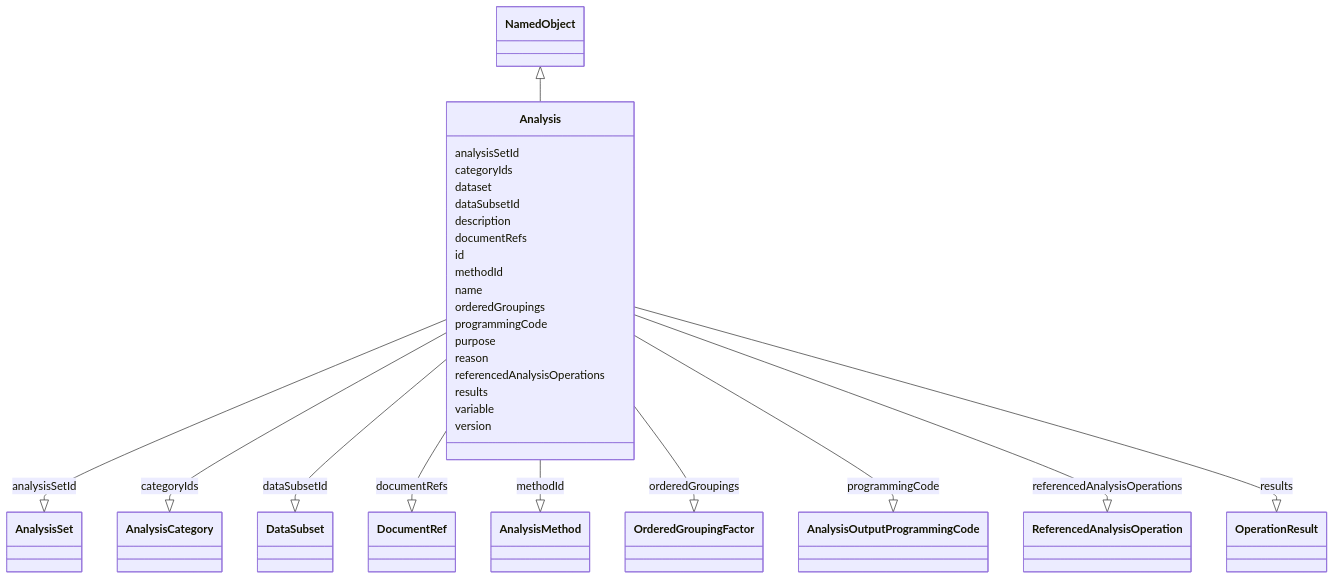
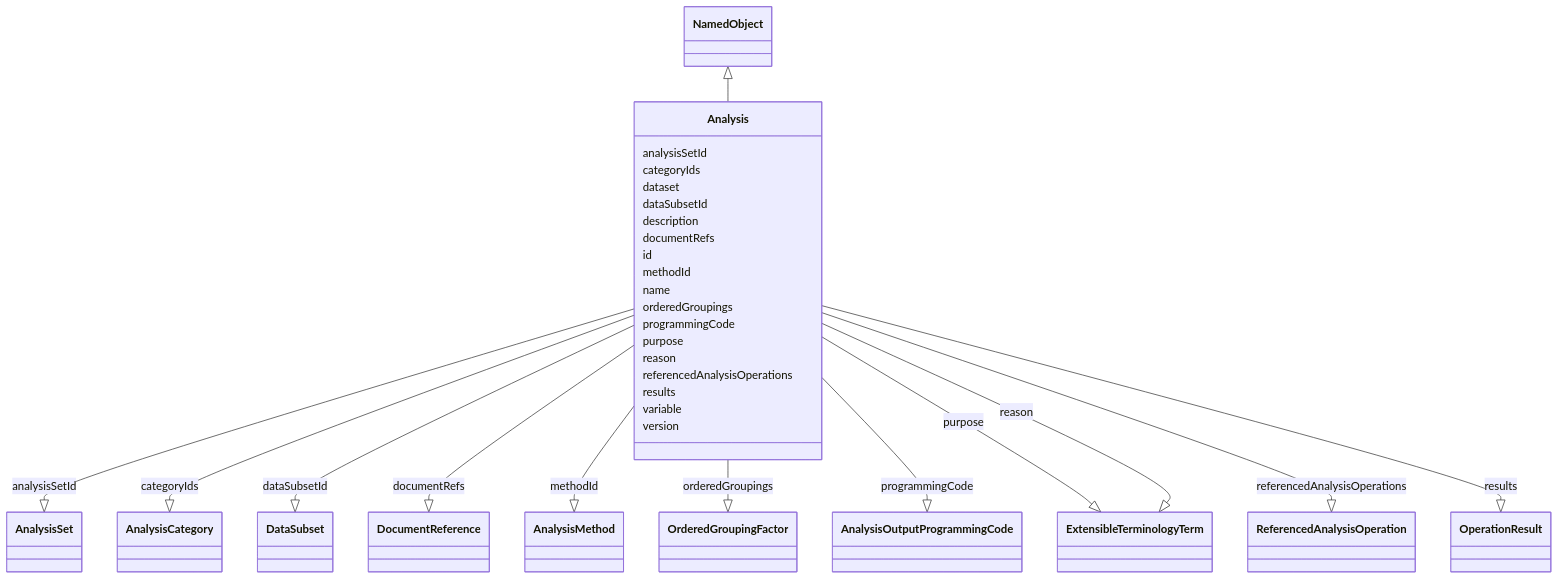
Before and after one commit to cdisc-org/analysis-results-standard: the diagram in project/docs/Analysis.md, drawn with Mermaid. The commit also changed other lines of this file and 281 other files, not shown here.

````diff
--- a/project/docs/Analysis.md
+++ b/project/docs/Analysis.md
@@ -26,59 +26,63 @@
 ```mermaid
  classDiagram
     class Analysis
       NamedObject <|-- Analysis
       
       Analysis : analysisSetId
         
           Analysis --|> AnalysisSet : analysisSetId
         
       Analysis : categoryIds
         
           Analysis --|> AnalysisCategory : categoryIds
         
       Analysis : dataset
         
       Analysis : dataSubsetId
         
           Analysis --|> DataSubset : dataSubsetId
         
       Analysis : description
         
       Analysis : documentRefs
         
-          Analysis --|> DocumentRef : documentRefs
+          Analysis --|> DocumentReference : documentRefs
         
       Analysis : id
         
       Analysis : methodId
         
           Analysis --|> AnalysisMethod : methodId
         
       Analysis : name
         
       Analysis : orderedGroupings
         
           Analysis --|> OrderedGroupingFactor : orderedGroupings
         
       Analysis : programmingCode
         
           Analysis --|> AnalysisOutputProgrammingCode : programmingCode
         
       Analysis : purpose
         
+          Analysis --|> ExtensibleTerminologyTerm : purpose
+        
       Analysis : reason
+        
+          Analysis --|> ExtensibleTerminologyTerm : reason
         
       Analysis : referencedAnalysisOperations
         
           Analysis --|> ReferencedAnalysisOperation : referencedAnalysisOperations
         
       Analysis : results
         
           Analysis --|> OperationResult : results
         
       Analysis : variable
         
       Analysis : version
         
       
 ```
````
